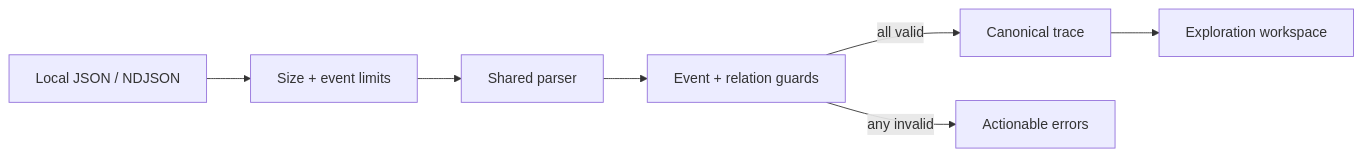
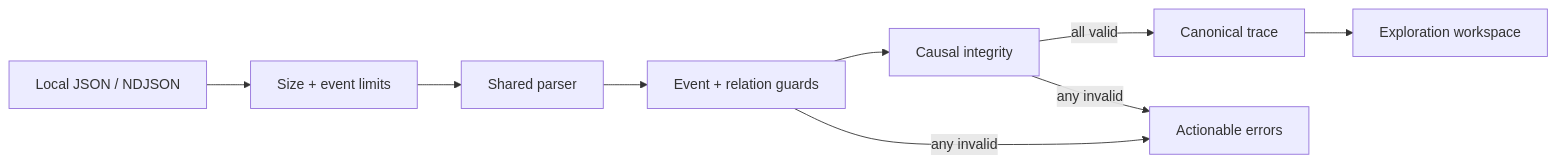
The diagram in eventweave/README.md (ASKR04/JavaScript), drawn with Mermaid before and after one commit. The commit also changed other lines of this file and 2 other files, not shown here.

Commit message:
docs(eventweave): record causal handoff

````diff
--- a/eventweave/README.md
+++ b/eventweave/README.md
@@ -69,9 +71,11 @@
 ```mermaid
 flowchart LR
     File["Local JSON / NDJSON"] --> Limits["Size + event limits"]
     Limits --> Parse["Shared parser"]
     Parse --> Guard["Event + relation guards"]
-    Guard -->|all valid| Normalize["Canonical trace"]
+    Guard --> Integrity["Causal integrity"]
+    Integrity -->|all valid| Normalize["Canonical trace"]
     Guard -->|any invalid| Errors["Actionable errors"]
+    Integrity -->|any invalid| Errors
     Normalize --> UI["Exploration workspace"]
 ```
````
